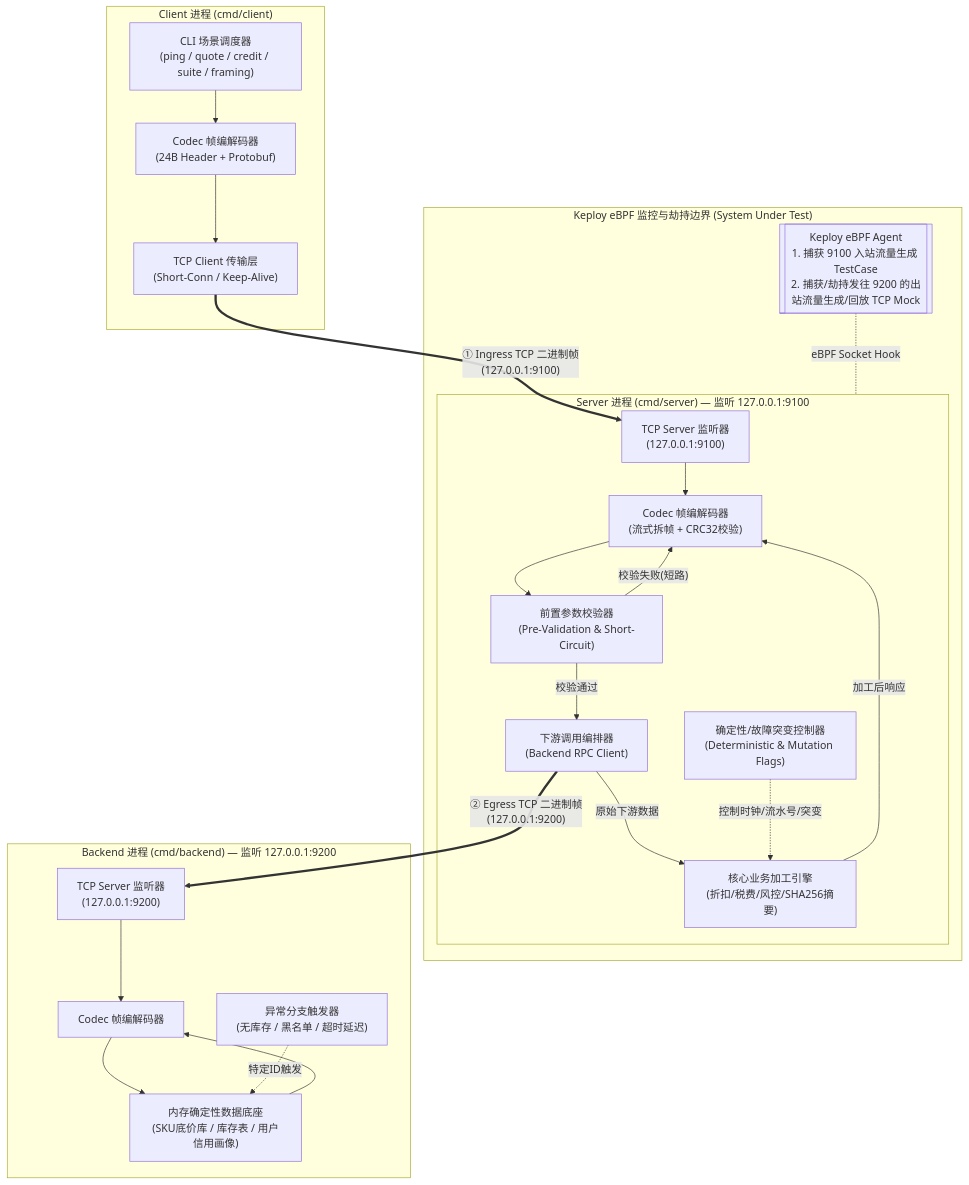
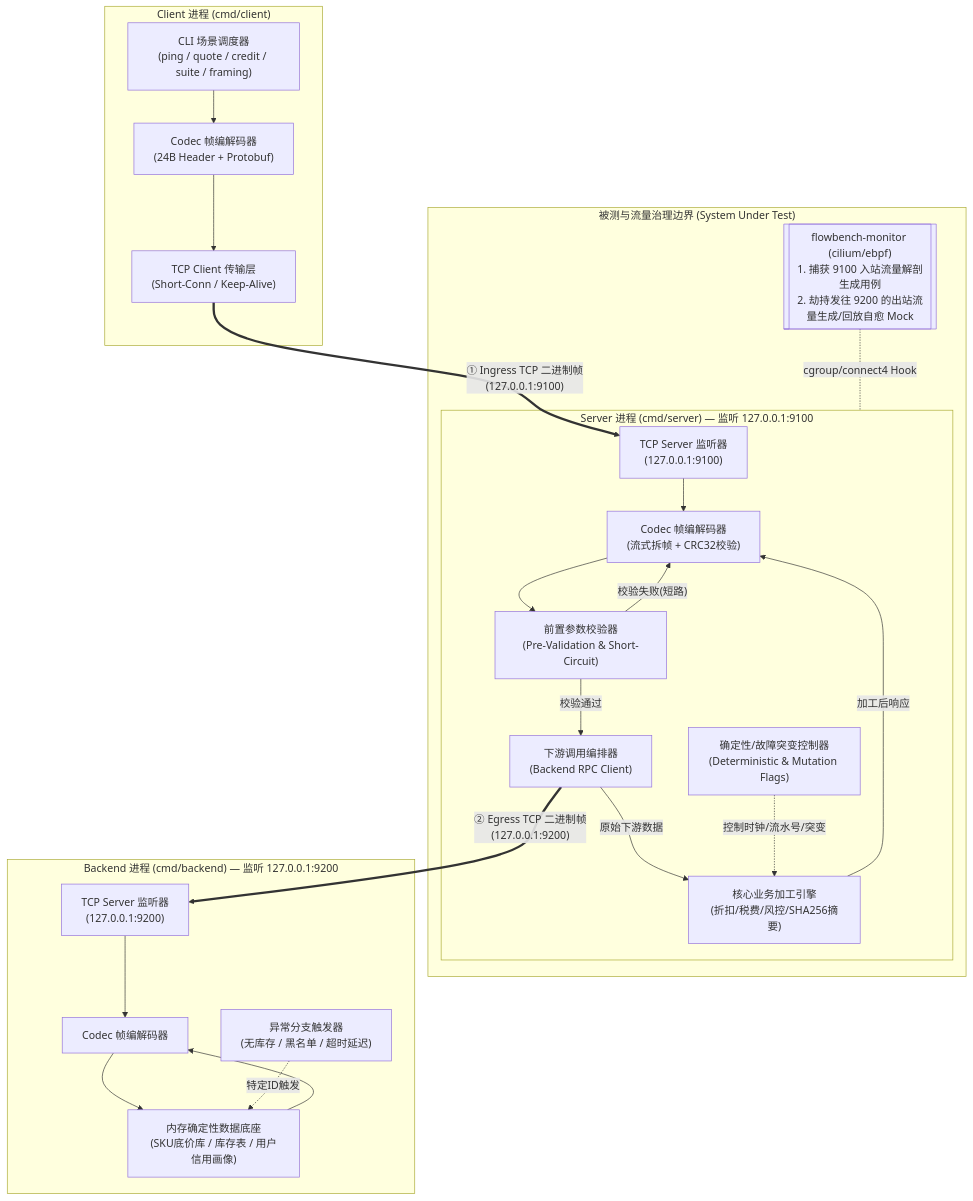
One commit to fugui/flowbench changed the first of 3 diagrams in docs/02-design/01-system-architecture.md. Above: the diagram before and after it, drawn with Mermaid. The commit also changed other lines of this file and 40 other files, not shown here.

Commit message:
refactor: 完全移除 Keploy 依赖并迁移原生 eBPF 协议感知监控资产

````diff
--- a/docs/02-design/01-system-architecture.md
+++ b/docs/02-design/01-system-architecture.md
@@ -26,43 +26,43 @@
 ```mermaid
 flowchart TB
     subgraph ClientProc["Client 进程 (cmd/client)"]
         CLI["CLI 场景调度器<br/>(ping / quote / credit / suite / framing)"]
         C_Codec["Codec 帧编解码器<br/>(24B Header + Protobuf)"]
         C_Trans["TCP Client 传输层<br/>(Short-Conn / Keep-Alive)"]
         CLI --> C_Codec --> C_Trans
     end
 
-    subgraph SUTBoundary["Keploy eBPF 监控与劫持边界 (System Under Test)"]
+    subgraph SUTBoundary["被测与流量治理边界 (System Under Test)"]
         subgraph ServerProc["Server 进程 (cmd/server) — 监听 127.0.0.1:9100"]
             S_Listener["TCP Server 监听器<br/>(127.0.0.1:9100)"]
             S_Codec["Codec 帧编解码器<br/>(流式拆帧 + CRC32校验)"]
             S_Validator["前置参数校验器<br/>(Pre-Validation & Short-Circuit)"]
             S_Orch["下游调用编排器<br/>(Backend RPC Client)"]
             S_Engine["核心业务加工引擎<br/>(折扣/税费/风控/SHA256摘要)"]
             S_Det["确定性/故障突变控制器<br/>(Deterministic & Mutation Flags)"]
 
             S_Listener --> S_Codec --> S_Validator
             S_Validator -- "校验通过" --> S_Orch
             S_Orch -- "原始下游数据" --> S_Engine
             S_Det -. "控制时钟/流水号/突变" .-> S_Engine
             S_Engine -- "加工后响应" --> S_Codec
             S_Validator -- "校验失败(短路)" --> S_Codec
         end
-        Keploy[["Keploy eBPF Agent<br/>1. 捕获 9100 入站流量生成 TestCase<br/>2. 捕获/劫持发往 9200 的出站流量生成/回放 TCP Mock"]]
+        MonitorHook[["flowbench-monitor (cilium/ebpf)<br/>1. 捕获 9100 入站流量解剖生成用例<br/>2. 劫持发往 9200 的出站流量生成/回放自愈 Mock"]]
     end
 
     subgraph BackendProc["Backend 进程 (cmd/backend) — 监听 127.0.0.1:9200"]
         B_Listener["TCP Server 监听器<br/>(127.0.0.1:9200)"]
         B_Codec["Codec 帧编解码器"]
         B_Store["内存确定性数据底座<br/>(SKU底价库 / 库存表 / 用户信用画像)"]
         B_Fault["异常分支触发器<br/>(无库存 / 黑名单 / 超时延迟)"]
 
         B_Listener --> B_Codec --> B_Store
         B_Fault -. "特定ID触发" .-> B_Store
         B_Store --> B_Codec
     end
 
     C_Trans == "① Ingress TCP 二进制帧<br/>(127.0.0.1:9100)" ==> S_Listener
     S_Orch == "② Egress TCP 二进制帧<br/>(127.0.0.1:9200)" ==> B_Listener
-    Keploy -. "eBPF Socket Hook" .- ServerProc
+    MonitorHook -. "cgroup/connect4 Hook" .- ServerProc
 ```
````
